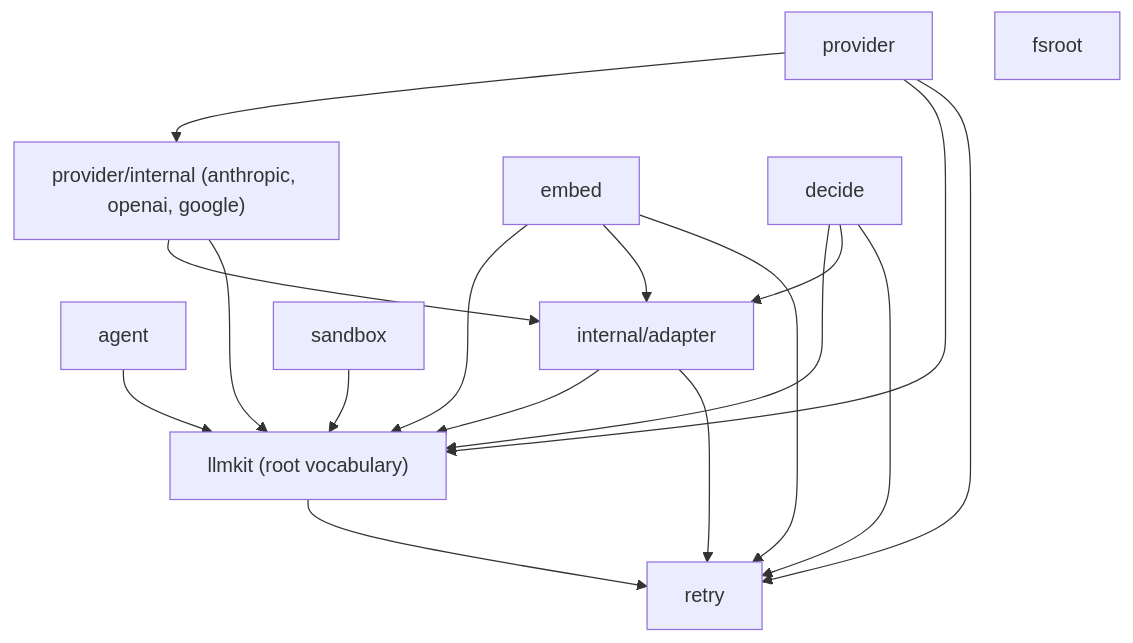
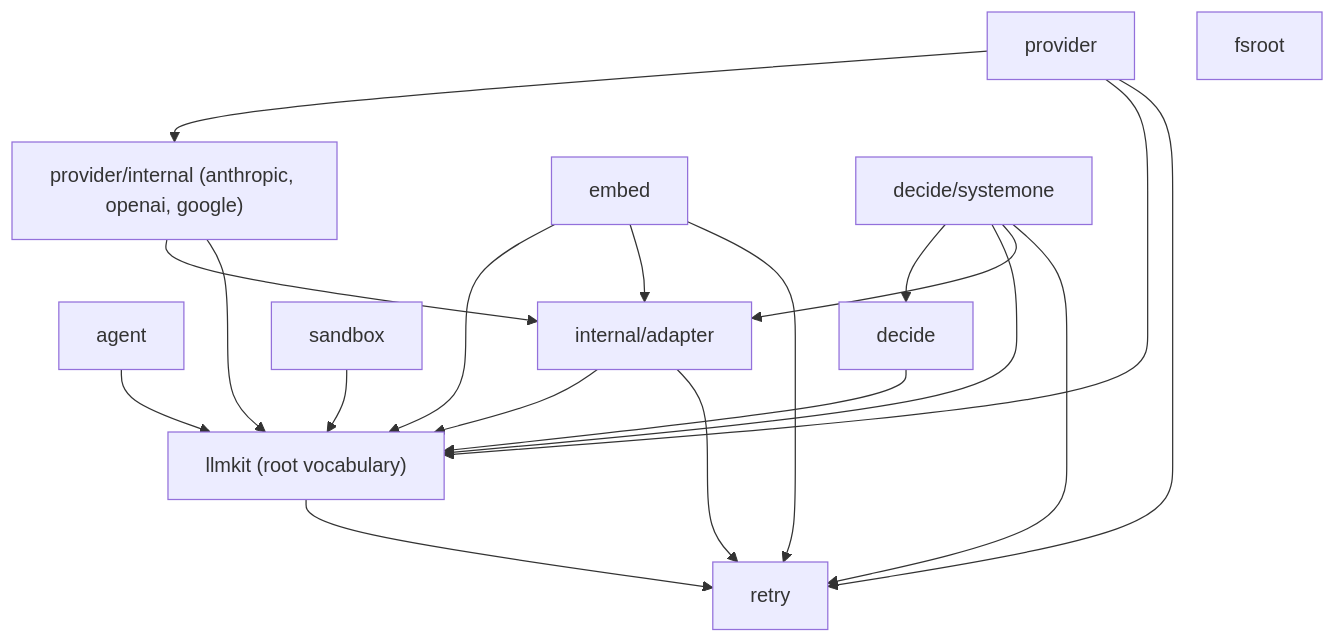
The diagram in docs/design.md (dpoage/llmkit), drawn with Mermaid before and after one commit. The commit also changed other lines of this file and 37 other files, not shown here.

First line of the commit message:
decide: split vocabulary from the System One backend; add decide/systemone

````diff
--- a/docs/design.md
+++ b/docs/design.md
@@ -12,22 +12,24 @@
 ```mermaid
 flowchart TD
     AGENT["agent"]
     PROV["provider"] --> ADAPTERS["provider/internal (anthropic, openai, google)"]
     ADAPTERS --> IA["internal/adapter"]
     IA --> ROOT["llmkit (root vocabulary)"]
     ADAPTERS --> ROOT
     PROV --> ROOT
     AGENT --> ROOT
     EMBED["embed"] --> ROOT
     EMBED --> IA
     SANDBOX["sandbox"] --> ROOT
     DECIDE["decide"] --> ROOT
-    DECIDE --> IA
+    SYSONE["decide/systemone"] --> DECIDE
+    SYSONE --> ROOT
+    SYSONE --> IA
     RETRY["retry"]
     ROOT --> RETRY
     IA --> RETRY
     PROV --> RETRY
     EMBED --> RETRY
-    DECIDE --> RETRY
+    SYSONE --> RETRY
     FSROOT["fsroot"]
 ```
````
